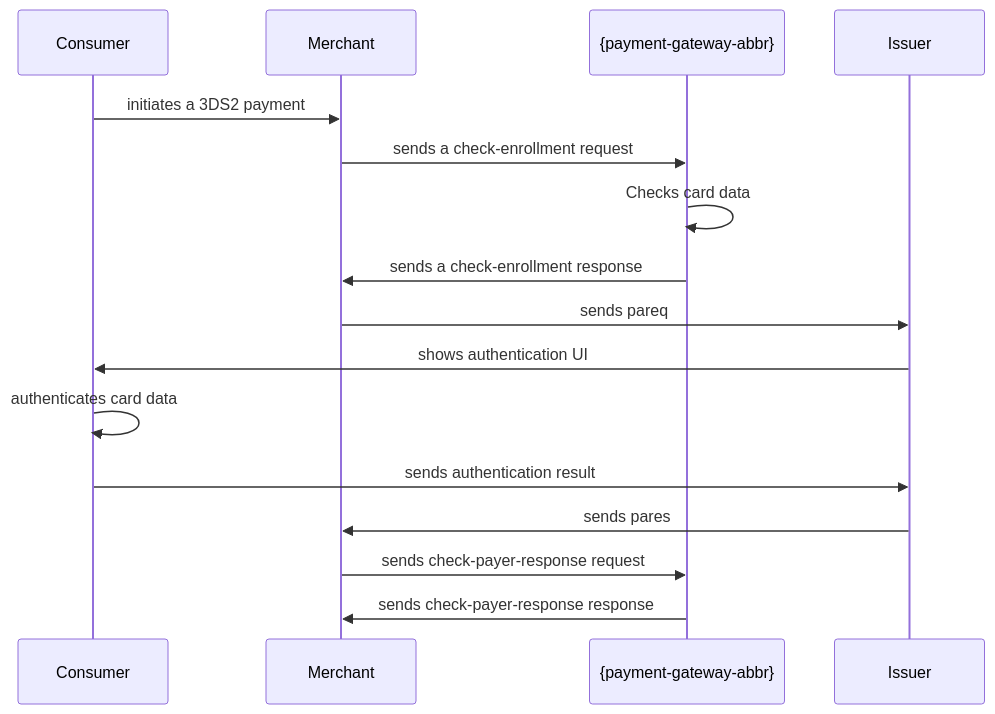
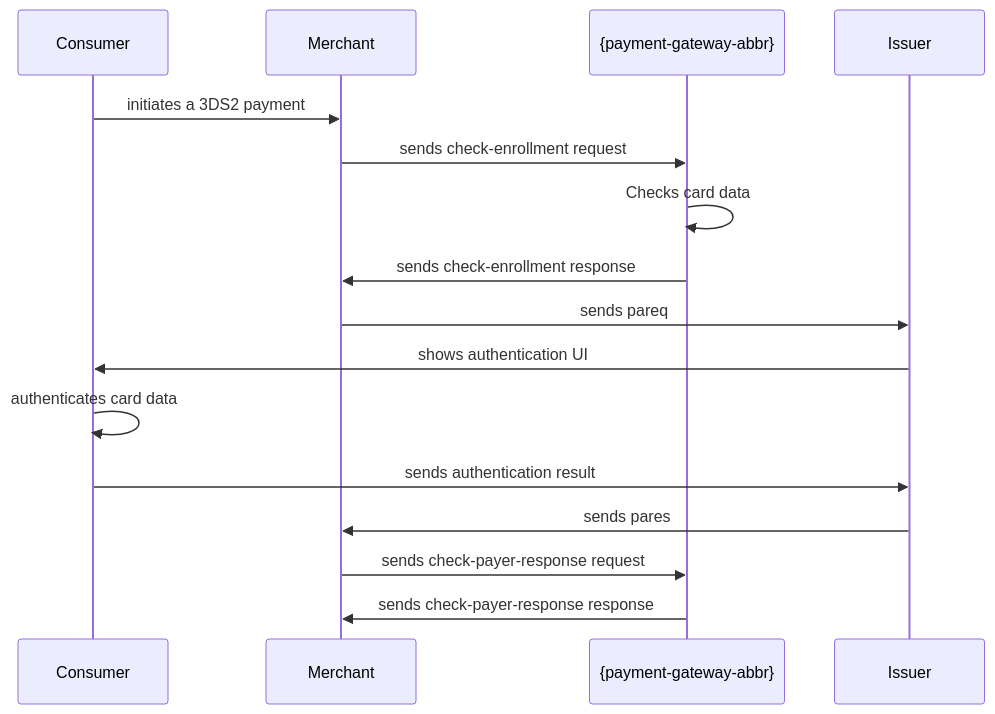
The diagram in 11-01-08-testcards.adoc (wirecard/merchant-documentation-gateway), drawn with Mermaid before and after one commit.

Commit message:
Remove article in 3DS2 mermaid graphic

```diff
--- a/11-01-08-testcards.adoc
+++ b/11-01-08-testcards.adoc
@@ -242,19 +242,19 @@
 [mermaid, 3DS2_TestCards_Workflow,svg,subs=attributes+]
 ----
 sequenceDiagram
     participant Consumer
     participant Merchant
     participant {payment-gateway-abbr}
     participant Issuer
 Consumer->>Merchant: initiates a 3DS2 payment
-Merchant->>{payment-gateway-abbr}: sends a check-enrollment request
+Merchant->>{payment-gateway-abbr}: sends check-enrollment request
 {payment-gateway-abbr}->>{payment-gateway-abbr}: Checks card data
-{payment-gateway-abbr}->>Merchant: sends a check-enrollment response
+{payment-gateway-abbr}->>Merchant: sends check-enrollment response
 Merchant->>Issuer: sends pareq
 Issuer->>Consumer: shows authentication UI
 Consumer->>Consumer: authenticates card data
 Consumer->>Issuer: sends authentication result
 Issuer->>Merchant: sends pares
 Merchant->>{payment-gateway-abbr}: sends check-payer-response request
 {payment-gateway-abbr}->>Merchant: sends check-payer-response response
 ----
```
